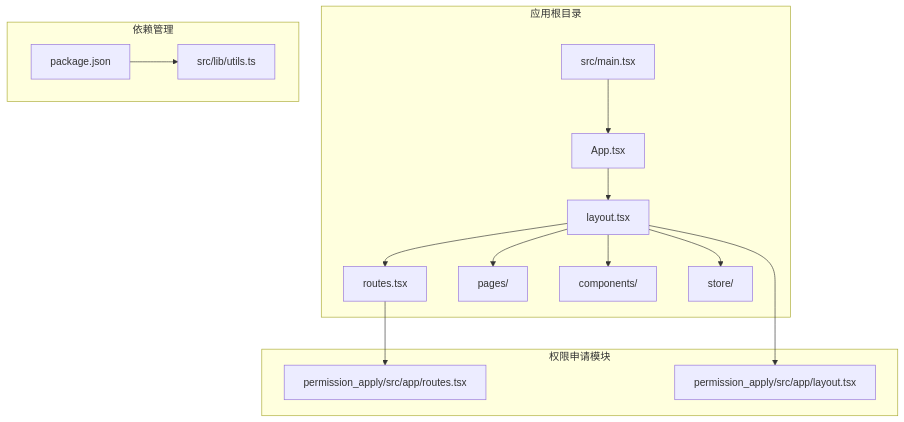
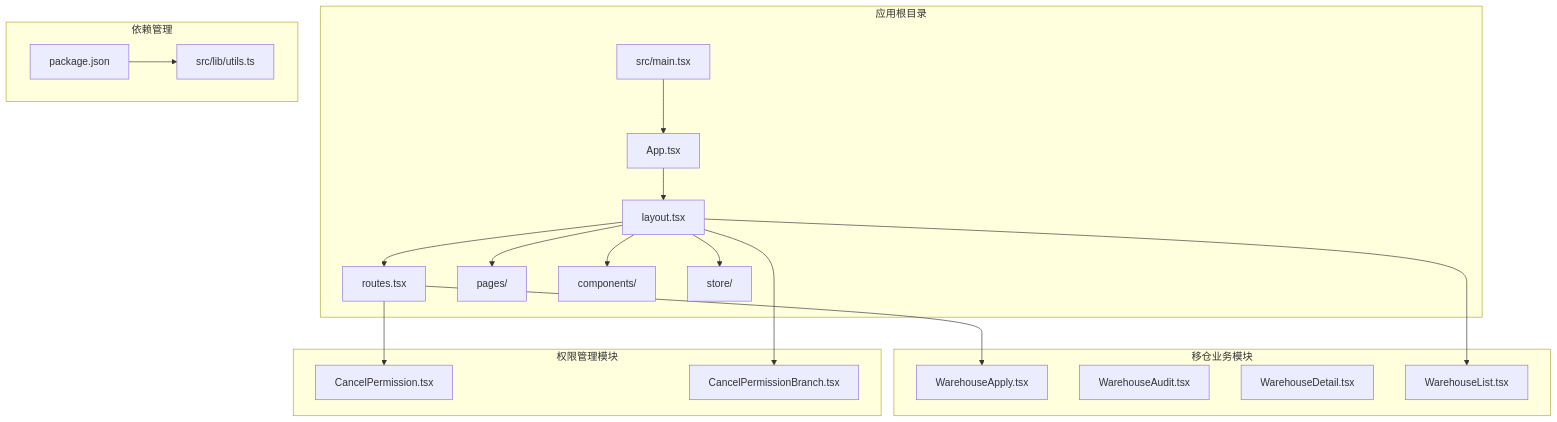
Before and after one commit to chinak/permission_apply: the first of 13 diagrams in .qoder/repowiki/zh/content/路由和导航系统/路由和导航系统.md, drawn with Mermaid. The commit also changed other lines of this file and 94 other files, not shown here.

````diff
--- a/.qoder/repowiki/zh/content/路由和导航系统/路由和导航系统.md
+++ b/.qoder/repowiki/zh/content/路由和导航系统/路由和导航系统.md
@@ -37,22 +51,30 @@
 ```mermaid
 graph TB
 subgraph "应用根目录"
 Root[src/main.tsx] --> App[App.tsx]
 App --> Layout[layout.tsx]
 Layout --> Routes[routes.tsx]
 Layout --> Pages[pages/]
 Layout --> Components[components/]
 Layout --> Store[store/]
 end
-subgraph "权限申请模块"
-PA_Routes[permission_apply/src/app/routes.tsx]
-PA_Layout[permission_apply/src/app/layout.tsx]
+subgraph "移仓业务模块"
+WH_Apply[WarehouseApply.tsx]
+WH_Audit[WarehouseAudit.tsx]
+WH_Detail[WarehouseDetail.tsx]
+WH_List[WarehouseList.tsx]
+end
+subgraph "权限管理模块"
+CP_Cancel[CancelPermission.tsx]
+CP_Branch[CancelPermissionBranch.tsx]
 end
 subgraph "依赖管理"
 Package[package.json]
 Utils[src/lib/utils.ts]
 end
-Routes --> PA_Routes
-Layout --> PA_Layout
+Routes --> WH_Apply
+Routes --> CP_Cancel
+Layout --> WH_List
+Layout --> CP_Branch
 Package --> Utils
 ```
````
